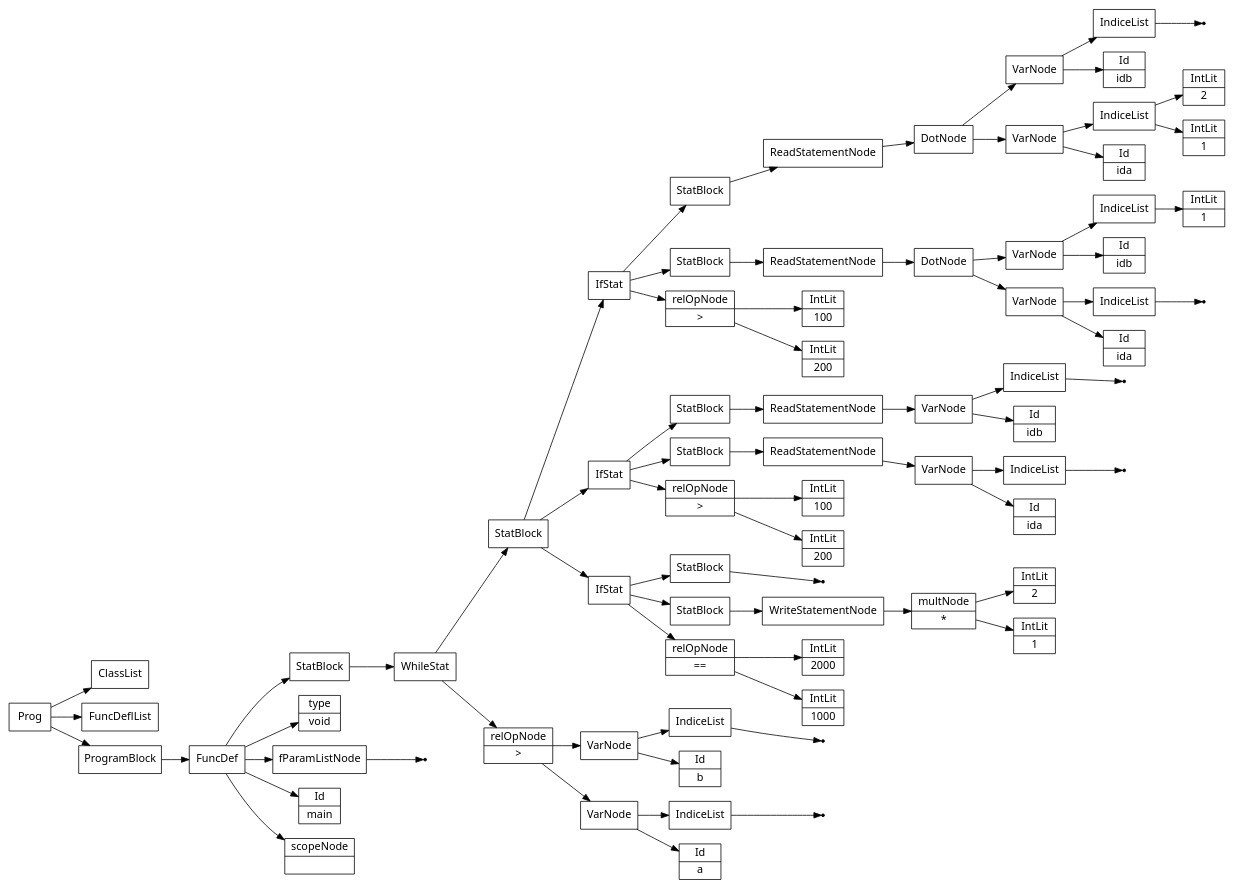
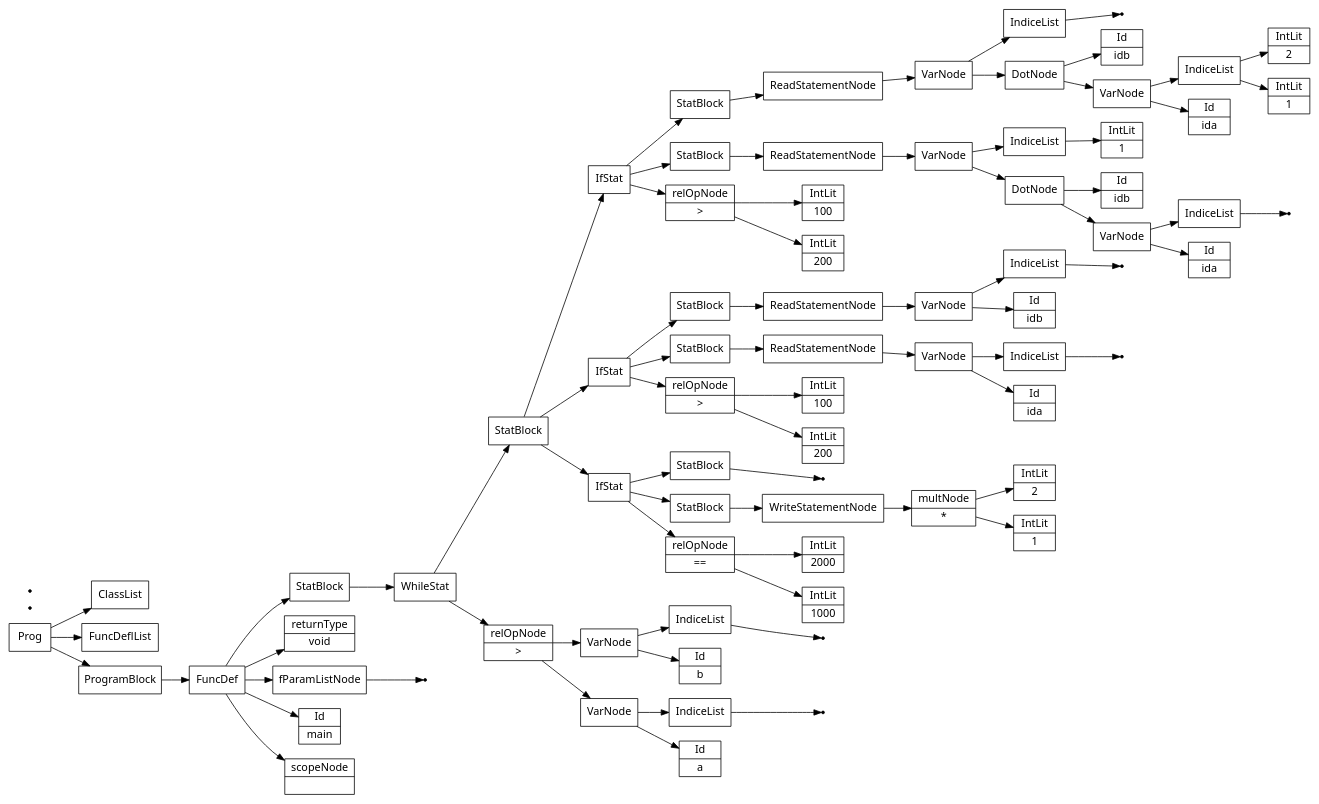
The diagram in files/ifwhilereadwriteTest.src.ast.dot (Saf1u/Kompiler), drawn with Graphviz before and after one commit. The commit also changed 5 other files, not shown here.

```diff
--- a/files/ifwhilereadwriteTest.src.ast.dot
+++ b/files/ifwhilereadwriteTest.src.ast.dot
@@ -1,155 +1,157 @@
 digraph AST {
 node [shape=record];
  node [fontname=Sans];charset="UTF-8" splines=true splines=spline rankdir =LR ordering="out"
 1[label="scopeNode| "];
 none3[shape="point"];
 4[label="fParamListNode"];
 4->none3;
-5[label="type|void"];
+5[label="returnType|void"];
 7[label="Id|a"];
 none9[shape="point"];
 10[label="IndiceList"];
 10->none9;
 11[label="VarNode"];
 11->10;
 11->7;
 12[label="relOpNode|\>"];
 13[label="Id|b"];
 none15[shape="point"];
 16[label="IndiceList"];
 16->none15;
 17[label="VarNode"];
 17->16;
 17->13;
 12->17;
 12->11;
 19[label="IntLit|1000"];
 20[label="relOpNode|\=="];
 21[label="IntLit|2000"];
 20->21;
 20->19;
 23[label="IntLit|1"];
 24[label="multNode|*"];
 25[label="IntLit|2"];
 24->25;
 24->23;
 26[label="WriteStatementNode"];
 26->24;
 27[label="StatBlock"];
 27->26;
 none29[shape="point"];
 30[label="StatBlock"];
 30->none29;
 31[label="IfStat"];
 31->30;
 31->27;
 31->20;
 32[label="IntLit|200"];
 33[label="relOpNode|\>"];
 34[label="IntLit|100"];
 33->34;
 33->32;
 36[label="ReadStatementNode"];
 37[label="Id|ida"];
 none39[shape="point"];
 40[label="IndiceList"];
 40->none39;
 41[label="VarNode"];
 41->40;
 41->37;
 36->41;
 42[label="StatBlock"];
 42->36;
 44[label="ReadStatementNode"];
 45[label="Id|idb"];
 none47[shape="point"];
 48[label="IndiceList"];
 48->none47;
 49[label="VarNode"];
 49->48;
 49->45;
 44->49;
 50[label="StatBlock"];
 50->44;
 51[label="IfStat"];
 51->50;
 51->42;
 51->33;
 52[label="IntLit|200"];
 53[label="relOpNode|\>"];
 54[label="IntLit|100"];
 53->54;
 53->52;
 56[label="ReadStatementNode"];
 57[label="Id|ida"];
 none59[shape="point"];
 60[label="IndiceList"];
 60->none59;
 61[label="VarNode"];
 61->60;
 61->57;
 62[label="Id|idb"];
-64[label="IntLit|1"];
-65[label="IndiceList"];
-65->64;
-66[label="VarNode"];
+63[label="DotNode"];
+63->62;
+63->61;
+65[label="IntLit|1"];
+66[label="IndiceList"];
 66->65;
-66->62;
-67[label="DotNode"];
+67[label="VarNode"];
 67->66;
-67->61;
+67->63;
 56->67;
 68[label="StatBlock"];
 68->56;
 70[label="ReadStatementNode"];
 71[label="Id|ida"];
 73[label="IntLit|1"];
 74[label="IntLit|2"];
 75[label="IndiceList"];
 75->74;
 75->73;
 76[label="VarNode"];
 76->75;
 76->71;
 77[label="Id|idb"];
-none79[shape="point"];
-80[label="IndiceList"];
-80->none79;
-81[label="VarNode"];
-81->80;
-81->77;
-82[label="DotNode"];
+78[label="DotNode"];
+78->77;
+78->76;
+none80[shape="point"];
+81[label="IndiceList"];
+81->none80;
+82[label="VarNode"];
 82->81;
-82->76;
+82->78;
 70->82;
 83[label="StatBlock"];
 83->70;
 84[label="IfStat"];
 84->83;
 84->68;
 84->53;
 85[label="StatBlock"];
 85->84;
 85->51;
 85->31;
 86[label="WhileStat"];
 86->85;
 86->12;
 87[label="StatBlock"];
 87->86;
 88[label="FuncDef"];
 0[label="Id|main"];
 88->87;
 88->5;
 88->4;
 88->0;
 88->1;
 89[label="ClassList"];
 90[label="FuncDeflList"];
 91[label="Prog"];
 92[label="ProgramBlock"];
 92->88;
+none93[shape="point"];
+none94[shape="point"];
 91->89;
 91->90;
 91->92;
 }
```
